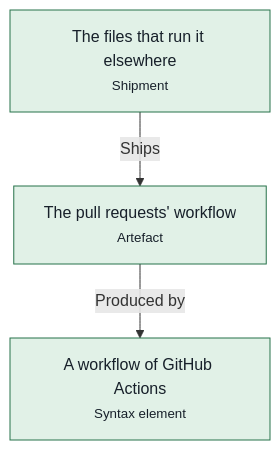
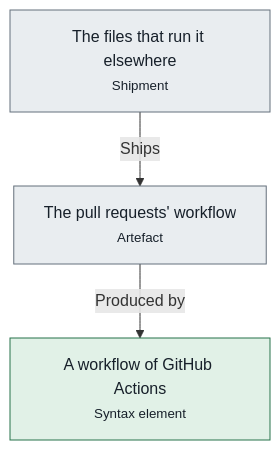
One commit to advancedcognitivesystems-ai/trame changed the second of 2 diagrams in libs/data/docs/pipelines.md. Above: the diagram before and after it, drawn with Mermaid. The commit also changed other lines of this file and 496 other files, not shown here.

````diff
--- a/libs/data/docs/pipelines.md
+++ b/libs/data/docs/pipelines.md
@@ -59,13 +59,13 @@
 ```mermaid
 flowchart TB
-  n0["The pull requests' workflow<br/><small>Artefact</small>"]:::held
+  n0["The pull requests' workflow<br/><small>Artefact</small>"]:::unknown
   n1["A workflow of GitHub Actions<br/><small>Syntax element</small>"]:::held
-  n2["The files that run it elsewhere<br/><small>Shipment</small>"]:::held
+  n2["The files that run it elsewhere<br/><small>Shipment</small>"]:::unknown
   n0 -->|Produced by| n1
   n2 -->|Ships| n0
   classDef held fill:#e1f1e7,stroke:#26734a,color:#17202a
   classDef blocked fill:#fbf0d9,stroke:#9a6200,color:#17202a
   classDef violated fill:#f9e3e1,stroke:#ad2a22,color:#17202a
   classDef unknown fill:#e9edf0,stroke:#65707c,color:#17202a
   classDef neutral fill:#ffffff,stroke:#5a6672,color:#17202a
 ```
````
